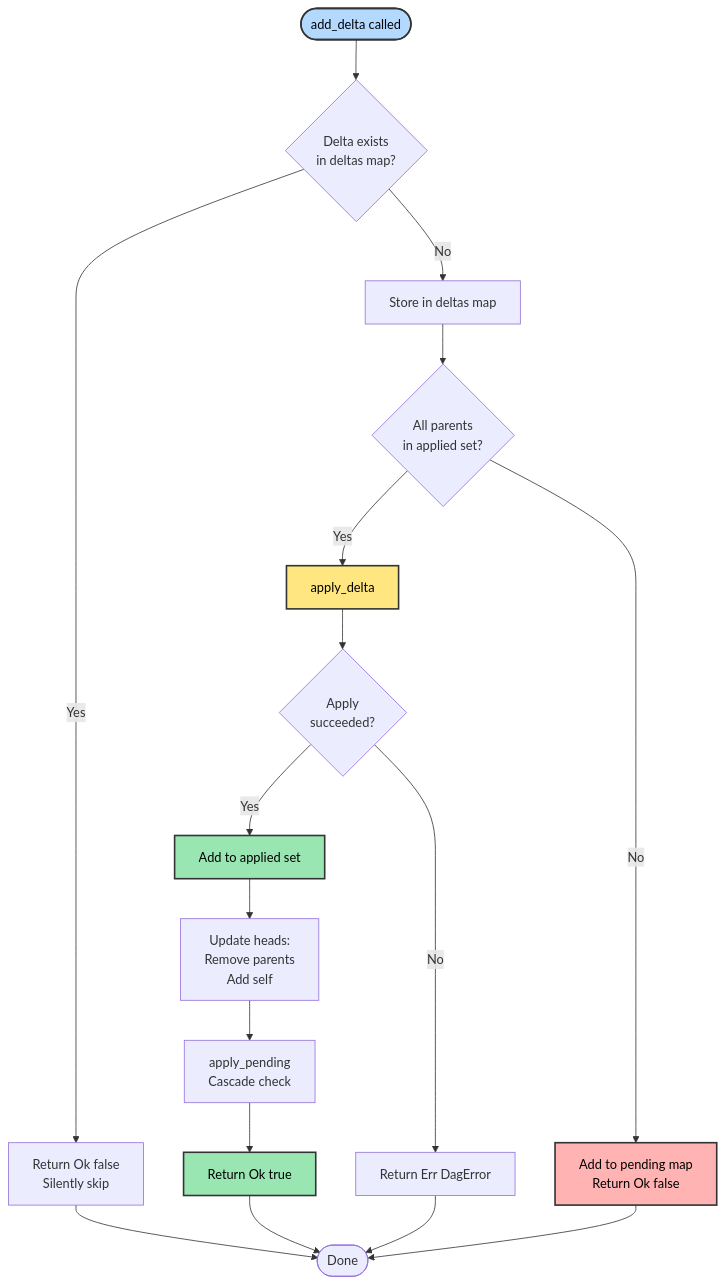
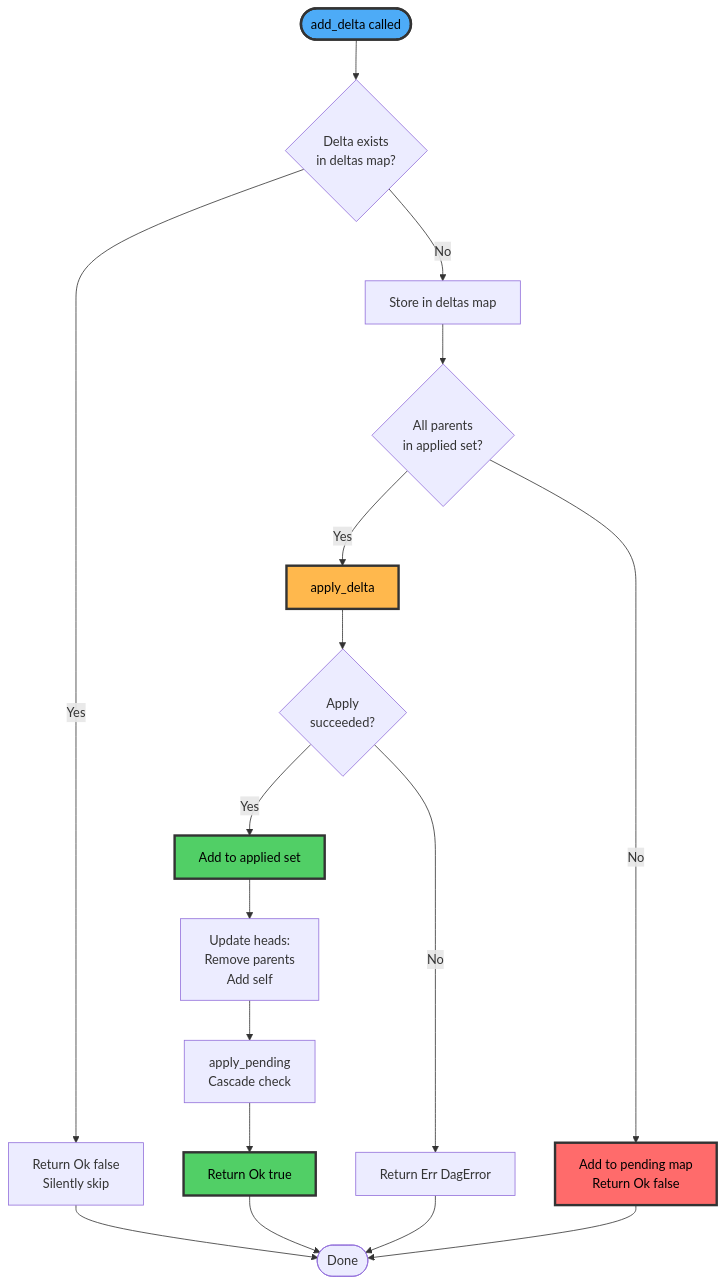
Before and after one commit to calimero-network/core: the first of 2 diagrams in crates/dag/readme/architecture.md, drawn with Mermaid. The commit also changed 3 other files, not shown here.

First line of the commit message:
docs: improve mermaid diagram accessibility with high-contrast colors

````diff
--- a/crates/dag/readme/architecture.md
+++ b/crates/dag/readme/architecture.md
@@ -67,34 +67,34 @@
 ```mermaid
 flowchart TD
     Start([add_delta called]) --> CheckDup{Delta exists<br/>in deltas map?}
     
     CheckDup -->|Yes| ReturnFalse[Return Ok false<br/>Silently skip]
     CheckDup -->|No| Store[Store in deltas map]
     
     Store --> CheckParents{All parents<br/>in applied set?}
     
     CheckParents -->|Yes| Apply[apply_delta]
     CheckParents -->|No| Pending[Add to pending map<br/>Return Ok false]
     
     Apply --> Success{Apply<br/>succeeded?}
     
     Success -->|Yes| MarkApplied[Add to applied set]
     Success -->|No| Error[Return Err DagError]
     
     MarkApplied --> UpdateHeads[Update heads:<br/>Remove parents<br/>Add self]
     
     UpdateHeads --> CheckPending[apply_pending<br/>Cascade check]
     
     CheckPending --> ReturnTrue[Return Ok true]
     
     Pending --> End([Done])
     ReturnFalse --> End
     ReturnTrue --> End
     Error --> End
     
-    style Start fill:#b3d9ff,stroke:#333,stroke-width:2px,color:#000
-    style Apply fill:#ffe680,stroke:#333,stroke-width:2px,color:#000
-    style MarkApplied fill:#99e6b3,stroke:#333,stroke-width:2px,color:#000
-    style Pending fill:#ffb3b3,stroke:#333,stroke-width:2px,color:#000
-    style ReturnTrue fill:#99e6b3,stroke:#333,stroke-width:2px,color:#000
+    style Start fill:#4DABF7,stroke:#333,stroke-width:3px,color:#000
+    style Apply fill:#FFB84D,stroke:#333,stroke-width:3px,color:#000
+    style MarkApplied fill:#51CF66,stroke:#333,stroke-width:3px,color:#000
+    style Pending fill:#FF6B6B,stroke:#333,stroke-width:3px,color:#000
+    style ReturnTrue fill:#51CF66,stroke:#333,stroke-width:3px,color:#000
 ```
````
